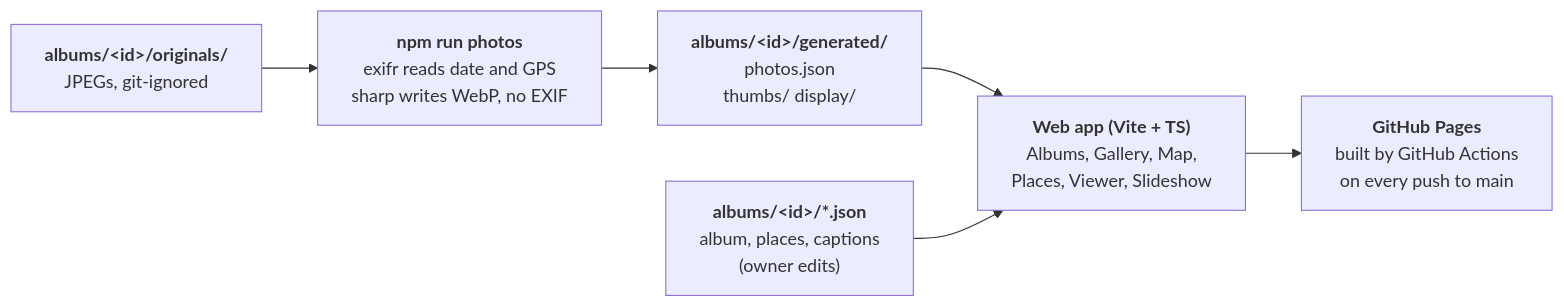
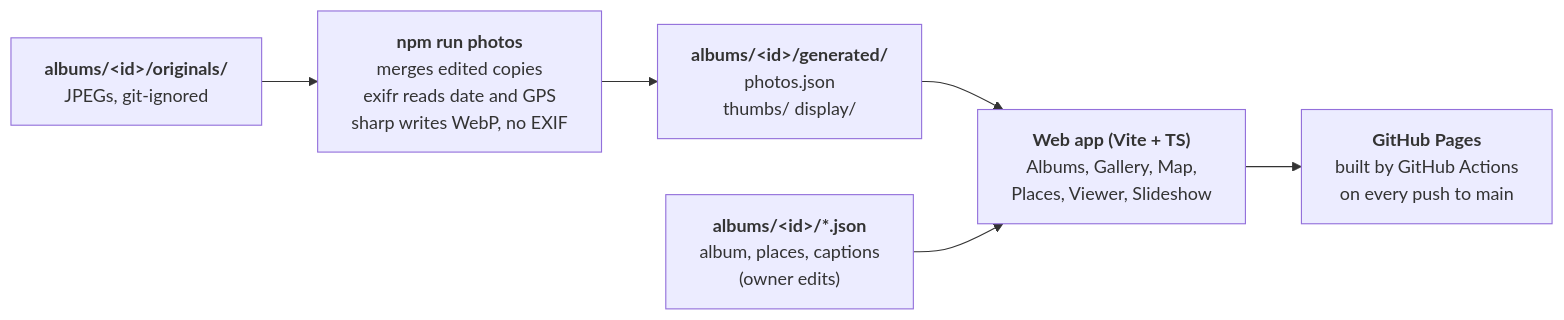
The diagram in SRS.md (mike-eovino/photo-albums), drawn with Mermaid before and after one commit. The commit also changed other lines of this file and 24 other files, not shown here.

First line of the commit message:
Merge Google Photos edited copies; drop empty places; remove OMR photos

````diff
--- a/SRS.md
+++ b/SRS.md
@@ -89,12 +90,12 @@
 ```mermaid
 flowchart LR
     A["<b>albums/&lt;id&gt;/originals/</b><br/>JPEGs, git-ignored"]
-    B["<b>npm run photos</b><br/>exifr reads date and GPS<br/>sharp writes WebP, no EXIF"]
+    B["<b>npm run photos</b><br/>merges edited copies<br/>exifr reads date and GPS<br/>sharp writes WebP, no EXIF"]
     C["<b>albums/&lt;id&gt;/generated/</b><br/>photos.json<br/>thumbs/ display/"]
     D["<b>albums/&lt;id&gt;/*.json</b><br/>album, places, captions<br/>(owner edits)"]
     E["<b>Web app (Vite + TS)</b><br/>Albums, Gallery, Map,<br/>Places, Viewer, Slideshow"]
     F["<b>GitHub Pages</b><br/>built by GitHub Actions<br/>on every push to main"]
     A --> B --> C --> E
     D --> E
     E --> F
 ```
````
